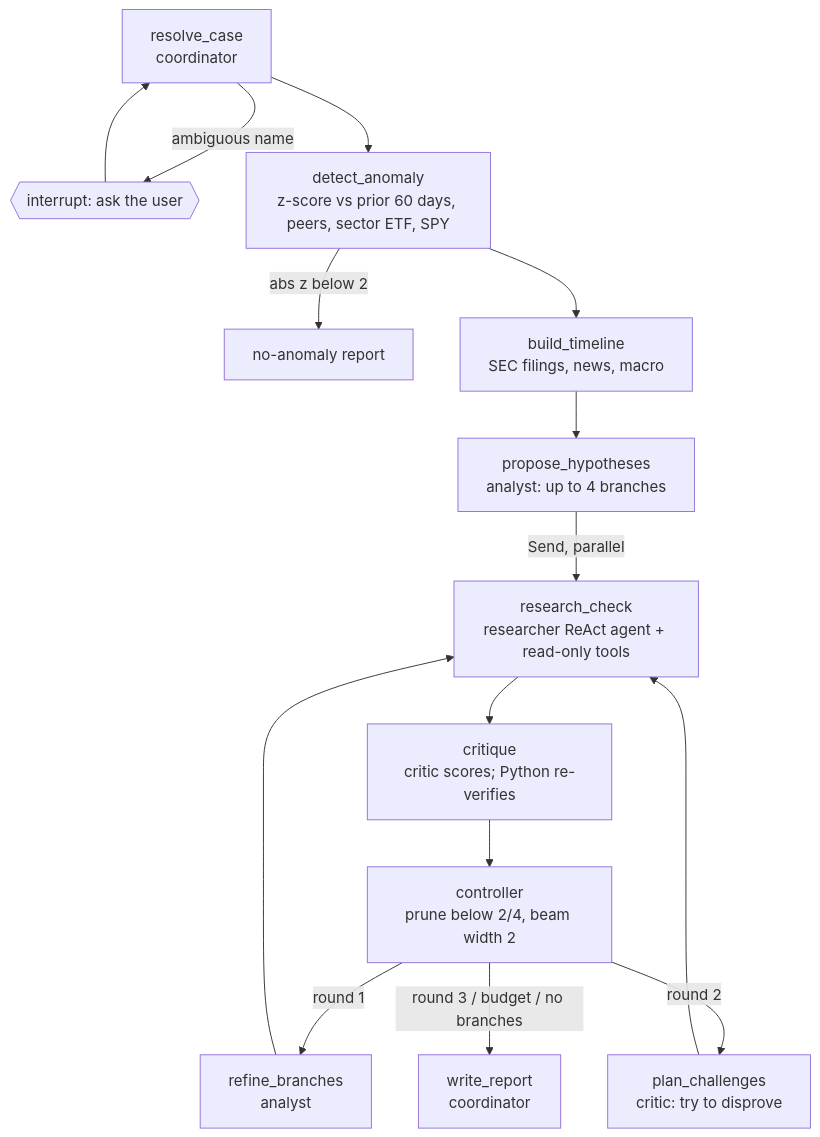
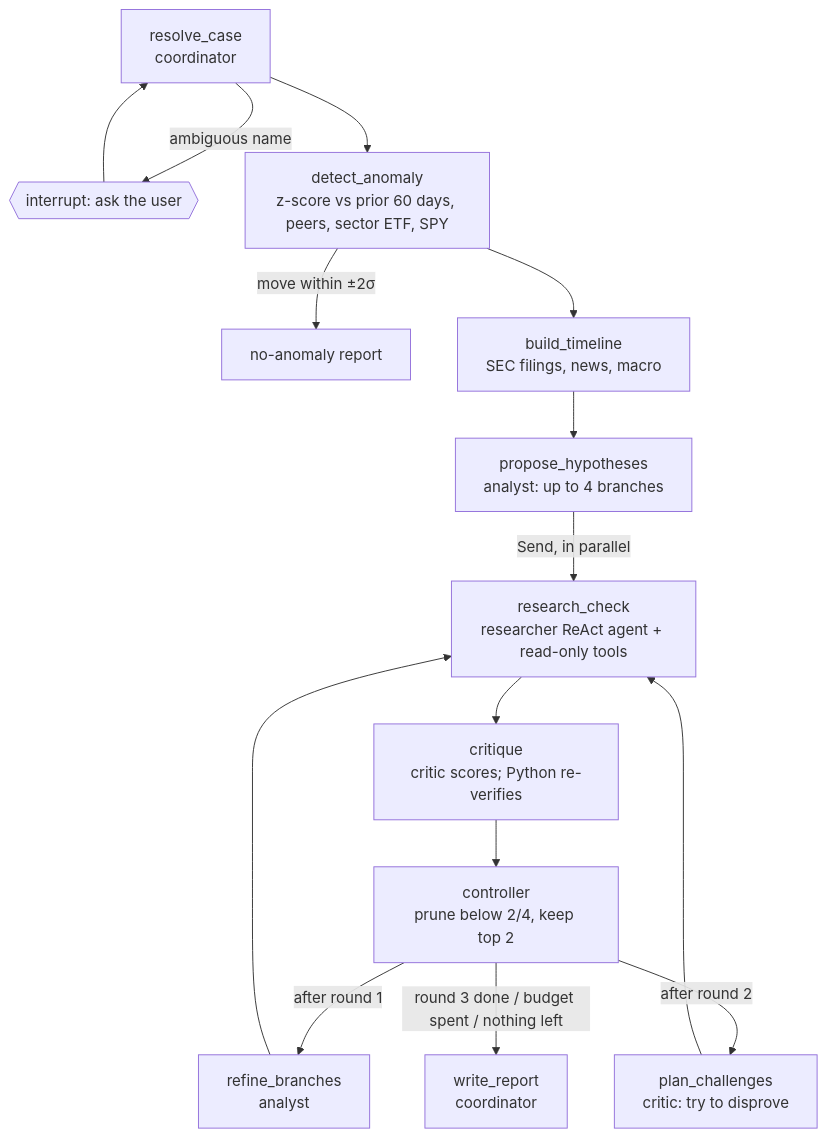
One commit to waizin28/market-detective-agent changed the diagram in README.md. Above: the diagram before and after it, drawn with Mermaid. The commit also changed other lines of this file and 5 other files, not shown here.

````diff
--- a/README.md
+++ b/README.md
@@ -38,17 +146,17 @@
 ```mermaid
 flowchart TD
     A[resolve_case<br/>coordinator] -->|ambiguous name| H{{interrupt: ask the user}}
     H --> A
     A --> B[detect_anomaly<br/>z-score vs prior 60 days, peers, sector ETF, SPY]
-    B -->|abs z below 2| N[no-anomaly report]
+    B -->|move within ±2σ| N[no-anomaly report]
     B --> C[build_timeline<br/>SEC filings, news, macro]
     C --> D[propose_hypotheses<br/>analyst: up to 4 branches]
-    D -->|Send, parallel| R[research_check<br/>researcher ReAct agent + read-only tools]
+    D -->|Send, in parallel| R[research_check<br/>researcher ReAct agent + read-only tools]
     R --> E[critique<br/>critic scores; Python re-verifies]
-    E --> F[controller<br/>prune below 2/4, beam width 2]
-    F -->|round 1| G[refine_branches<br/>analyst]
-    F -->|round 2| I[plan_challenges<br/>critic: try to disprove]
+    E --> F[controller<br/>prune below 2/4, keep top 2]
+    F -->|after round 1| G[refine_branches<br/>analyst]
+    F -->|after round 2| I[plan_challenges<br/>critic: try to disprove]
     G --> R
     I --> R
-    F -->|round 3 / budget / no branches| W[write_report<br/>coordinator]
+    F -->|round 3 done / budget spent / nothing left| W[write_report<br/>coordinator]
 ```
````
